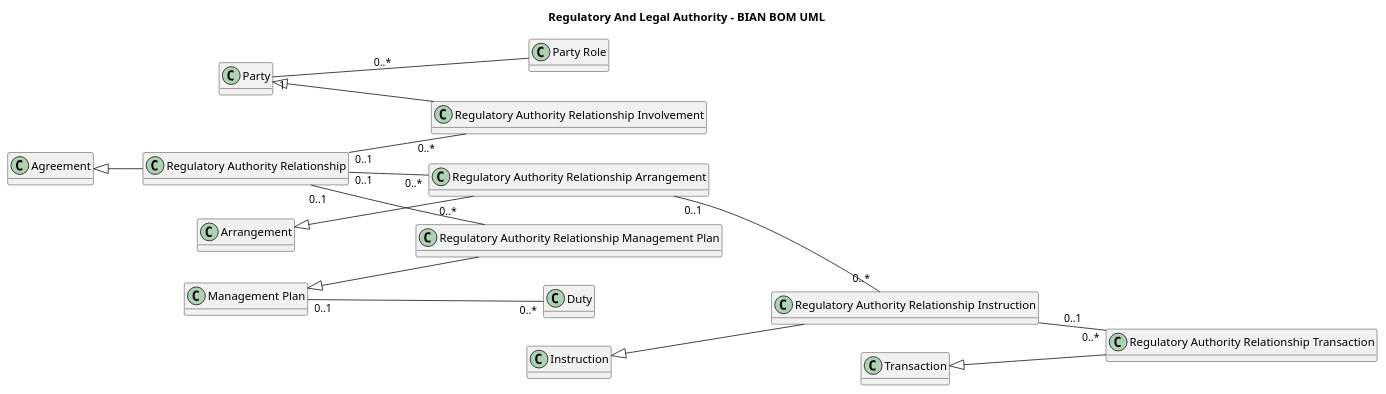
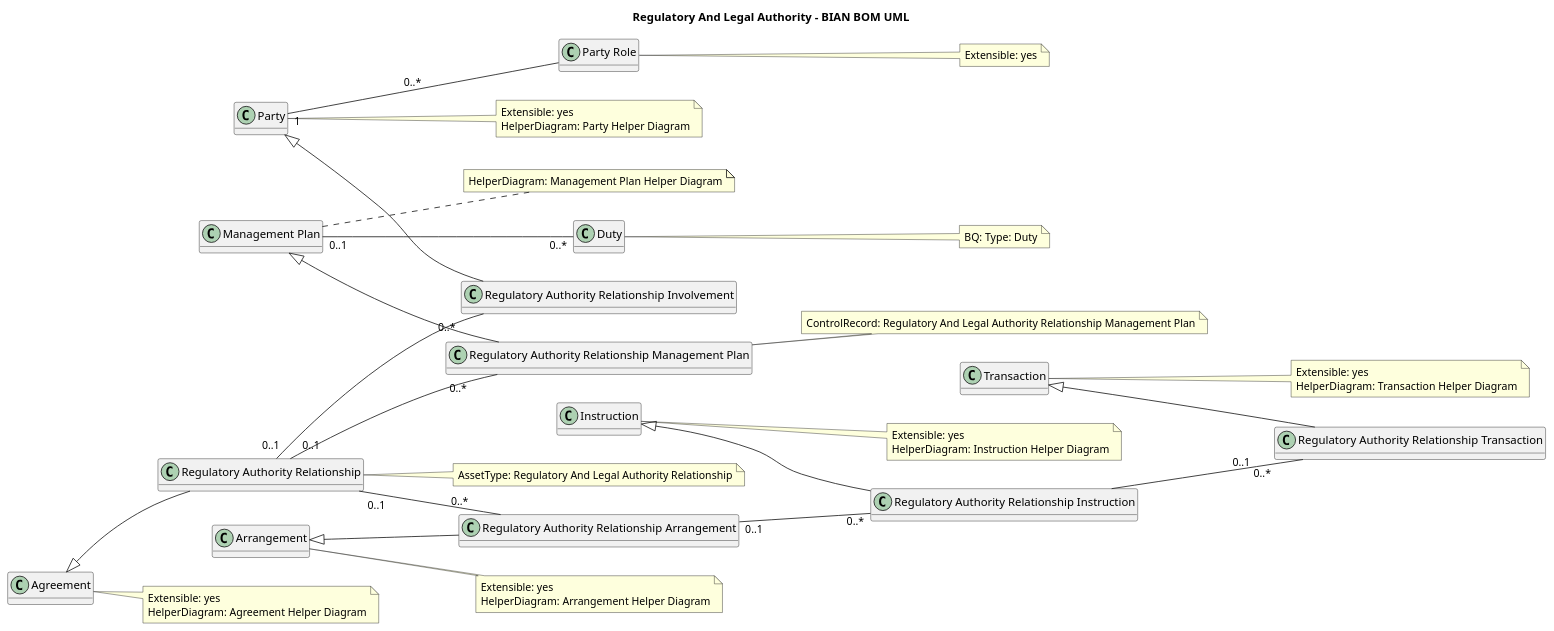
The diagram in docs/bian-puml/regulatory-and-legal-authority.puml (aaguerram/generacion_contrato_bian), drawn with PlantUML before and after one commit. The commit also changed 257 other files, not shown here.

First line of the commit message:
Anota BQ, AssetType, ControlRecord, GenericArtifact, HelperDiagram, BOMDiagram y Extensible en los .puml a partir del .svg fuente

```diff
--- a/docs/bian-puml/regulatory-and-legal-authority.puml
+++ b/docs/bian-puml/regulatory-and-legal-authority.puml
@@ -1,68 +1,118 @@
 @startuml
 title Regulatory And Legal Authority - BIAN BOM UML
 ' Generated from BIAN diagram for machine-readable context
 ' Service Domain: Regulatory And Legal Authority
 ' Source image: regulatory-and-legal-authority-bom-uml.svg
 ' BIAN source: https://bian.org/servicelandscape-14-0-0/views/view_51854.html
 ' Extraction: SVG semantic extraction
+' Annotation legend (notes linked to a class via an SVG connector line/geometry):
+'   Extensible: yes/no      -> from the class box border color in the SVG:
+'                              red border only (fill #eae8e8 / stroke #c47474) = yes,
+'                              this class's attributes MAY be pulled into this
+'                              diagram from its owning Service Domain if needed;
+'                              fully red (fill #ff8080 / stroke #d91616) = no,
+'                              extending it is not allowed. Absent = plain
+'                              class (fill #ffffff / stroke #d9d9d9), not part
+'                              of this distinction.
+'   BQ: <name>              -> Behavior Qualifier note linked to this class
+'   AssetType: <name>       -> AssetType note linked to this class
+'   ControlRecord: <name>   -> ControlRecord note linked to this class
+'   GenericArtifact: <name> -> GenericArtifact note linked to this class
+'   HelperDiagram: <name>   -> local BOM helper-diagram box named "<Class> Helper Diagram"
+'   BOMDiagram: <name>      -> cross-service-domain BOM diagram box named "<Class> BOM Diagram"
 hide methods
 skinparam classAttributeIconSize 0
 left to right direction
 
 class "Regulatory Authority Relationship" as N218938 {
 }
+note right of N218938
+  AssetType: Regulatory And Legal Authority Relationship
+end note
 
 class "Regulatory Authority Relationship Involvement" as N218950 {
 }
 
 class "Party Role" as N219035 {
 }
+note right of N219035
+  Extensible: yes
+end note
 
 class "Party" as N219000 {
 }
+note right of N219000
+  Extensible: yes
+  HelperDiagram: Party Helper Diagram
+end note
 
 class "Management Plan" as N219007 {
 }
+note right of N219007
+  HelperDiagram: Management Plan Helper Diagram
+end note
 
 class "Duty" as N218965 {
 }
+note right of N218965
+  BQ: Type: Duty
+end note
 
 class "Regulatory Authority Relationship Management Plan" as N218971 {
 }
+note right of N218971
+  ControlRecord: Regulatory And Legal Authority Relationship Management Plan
+end note
 
 class "Regulatory Authority Relationship Arrangement" as N218941 {
 }
 
 class "Agreement" as N218996 {
 }
+note right of N218996
+  Extensible: yes
+  HelperDiagram: Agreement Helper Diagram
+end note
 
 class "Regulatory Authority Relationship Instruction" as N219027 {
 }
 
 class "Regulatory Authority Relationship Transaction" as N218943 {
 }
 
 class "Transaction" as N218974 {
 }
+note right of N218974
+  Extensible: yes
+  HelperDiagram: Transaction Helper Diagram
+end note
 
 class "Instruction" as N219008 {
 }
+note right of N219008
+  Extensible: yes
+  HelperDiagram: Instruction Helper Diagram
+end note
 
 class "Arrangement" as N218985 {
 }
+note right of N218985
+  Extensible: yes
+  HelperDiagram: Arrangement Helper Diagram
+end note
 
 ' Relationships
 N218938 "0..1" -- "0..*" N218950
 N219000 <|-- N218950
 N219007 "0..1" -- "0..*" N218965
 N218938 "0..1" -- "0..*" N218971
 N219007 <|-- N218971
 N218938 "0..1" -- "0..*" N218941
 N218996 <|-- N218938
 N218941 "0..1" -- "0..*" N219027
 N219027 -- "0..*" N218943 : 0..1
 N219008 <|-- N219027
 N218974 <|-- N218943
 N218985 <|-- N218941
 N219000 "1" -- N219035 : 0..*
 @enduml
```
